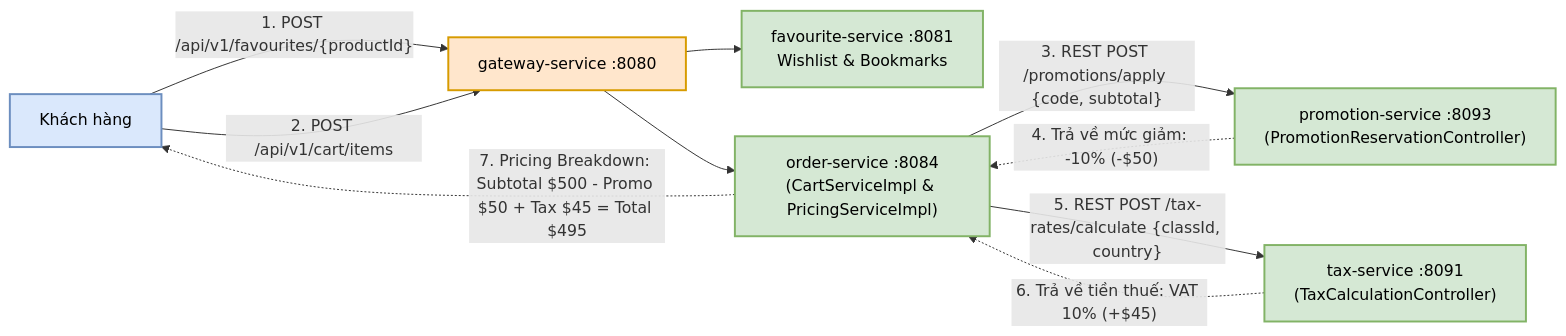
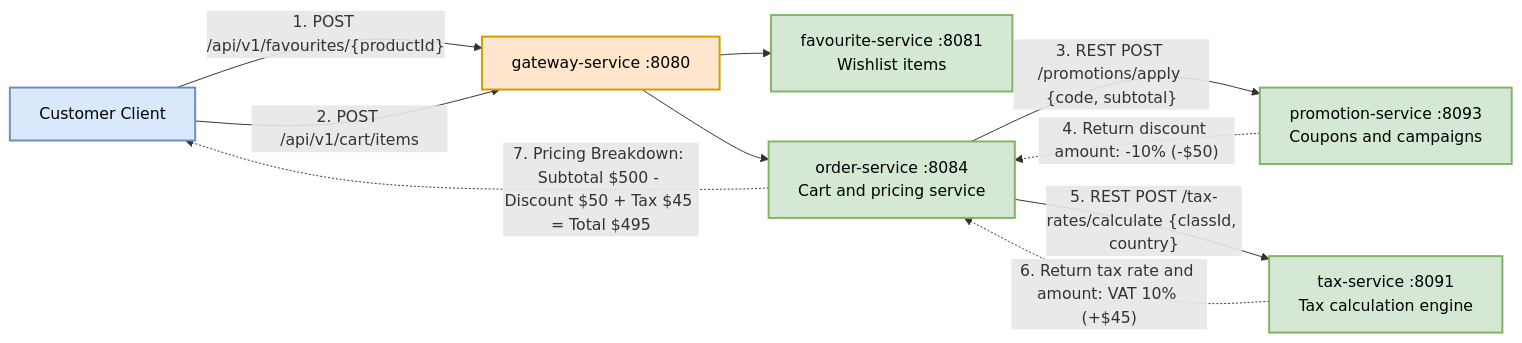
The fifth of 11 diagrams in docs/architecture/MASTER_ARCHITECTURE_ANALYSIS.md (tonminhce/petproject), drawn with Mermaid before and after one commit. The commit also changed other lines of this file and 77 other files, not shown here.

````diff
--- a/docs/architecture/MASTER_ARCHITECTURE_ANALYSIS.md
+++ b/docs/architecture/MASTER_ARCHITECTURE_ANALYSIS.md
@@ -358,21 +354,21 @@
 ```mermaid
 flowchart LR
     classDef client fill:#dae8fc,stroke:#6c8ebf,stroke-width:2px,color:#000000;
     classDef gateway fill:#ffe6cc,stroke:#d79b00,stroke-width:2px,color:#000000;
     classDef service fill:#d5e8d4,stroke:#82b366,stroke-width:2px,color:#000000;
 
-    USER["Khách hàng"]:::client
+    USER["Customer Client"]:::client
     GW["gateway-service :8080"]:::gateway
-    FAV["favourite-service :8081<br/>Wishlist & Bookmarks"]:::service
-    CART["order-service :8084<br/>(CartServiceImpl & PricingServiceImpl)"]:::service
-    PROMO["promotion-service :8093<br/>(PromotionReservationController)"]:::service
-    TAX["tax-service :8091<br/>(TaxCalculationController)"]:::service
+    FAV["favourite-service :8081<br/>Wishlist items"]:::service
+    CART["order-service :8084<br/>Cart and pricing service"]:::service
+    PROMO["promotion-service :8093<br/>Coupons and campaigns"]:::service
+    TAX["tax-service :8091<br/>Tax calculation engine"]:::service
 
     USER -->|"1. POST /api/v1/favourites/{productId}"| GW --> FAV
     USER -->|"2. POST /api/v1/cart/items"| GW --> CART
     CART -->|"3. REST POST /promotions/apply {code, subtotal}"| PROMO
-    PROMO -.->|"4. Trả về mức giảm: -10% (-$50)"| CART
+    PROMO -.->|"4. Return discount amount: -10% (-$50)"| CART
     CART -->|"5. REST POST /tax-rates/calculate {classId, country}"| TAX
-    TAX -.->|"6. Trả về tiền thuế: VAT 10% (+$45)"| CART
-    CART -.->|"7. Pricing Breakdown: Subtotal $500 - Promo $50 + Tax $45 = Total $495"| USER
+    TAX -.->|"6. Return tax rate and amount: VAT 10% (+$45)"| CART
+    CART -.->|"7. Pricing Breakdown: Subtotal $500 - Discount $50 + Tax $45 = Total $495"| USER
 ```
````
